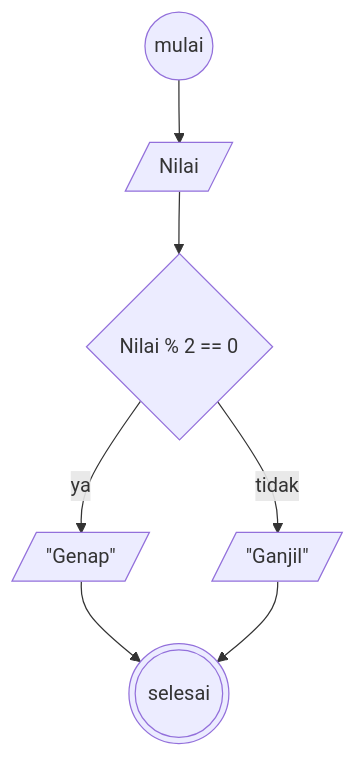
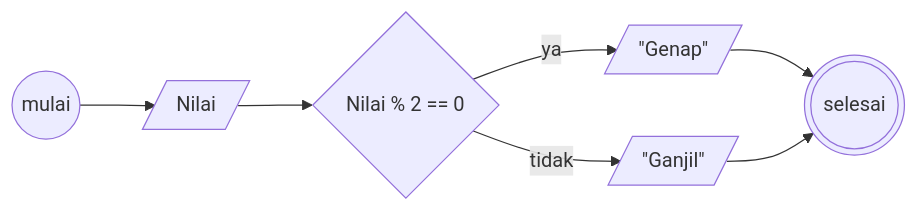
One commit to daberpro/koda-b10-algoritma changed the first of 2 diagrams in README.md. Above: the diagram before and after it, drawn with Mermaid. The commit also changed other lines of this file, not shown here.

````diff
--- a/README.md
+++ b/README.md
@@ -20,19 +20,19 @@
 ```mermaid
 
-flowchart TB
+flowchart LR
     Start((mulai))
     Nilai[/Nilai/]
     Kondisi{Nilai % 2 == 0}
     P2_1[/#quot;Genap#quot;/]
     P2_2[/#quot;Ganjil#quot;/]
     End(((selesai)))
 
     Start --> Nilai
     Nilai --> Kondisi
     Kondisi --> |ya| P2_1
     Kondisi --> |tidak| P2_2
 
     P2_1 --> End
     P2_2 --> End
 
 ```
````
